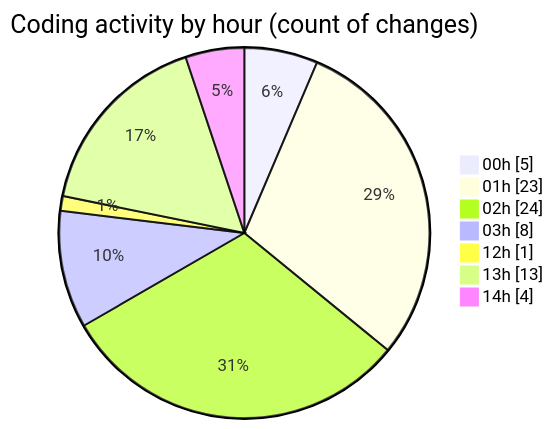
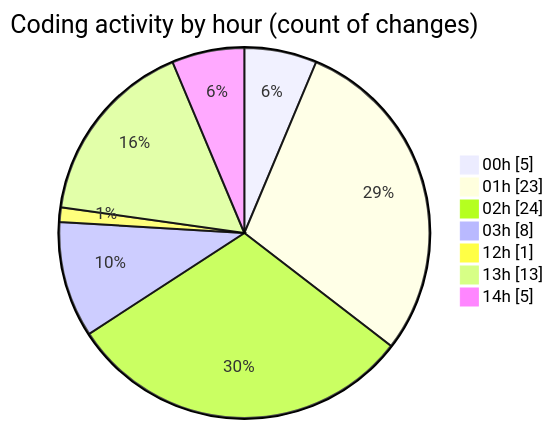
The second of 2 diagrams in 2025-11-06/usr_aleoudev_fr__workspace_/README.md (julien-gomy/code-tracking), drawn with Mermaid before and after one commit. The commit also changed other lines of this file and 1 other file, not shown here.

````diff
--- a/2025-11-06/usr_aleoudev_fr__workspace_/README.md
+++ b/2025-11-06/usr_aleoudev_fr__workspace_/README.md
@@ -33,11 +33,11 @@
 ```mermaid
 pie showData
 title Coding activity by hour (count of changes)
 "00h" : 5
 "01h" : 23
 "02h" : 24
 "03h" : 8
 "12h" : 1
 "13h" : 13
-"14h" : 4
+"14h" : 5
 ```
````
